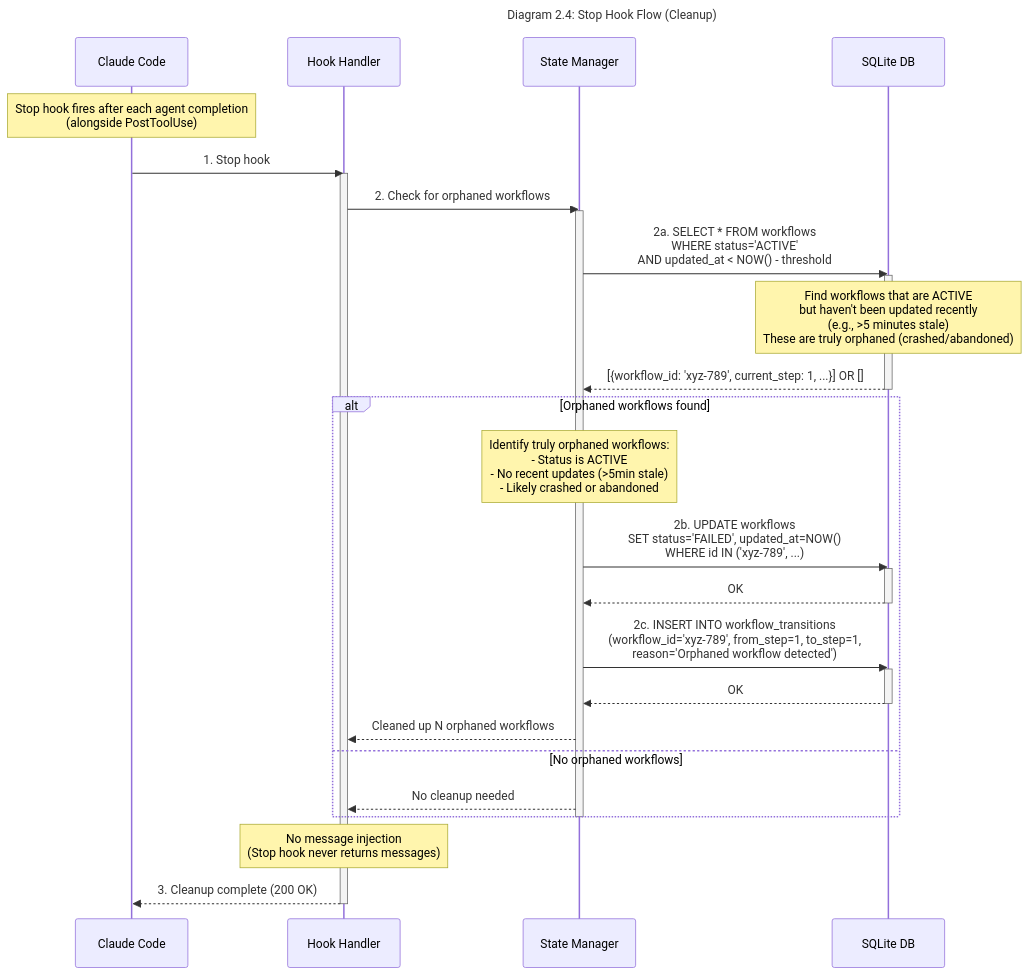
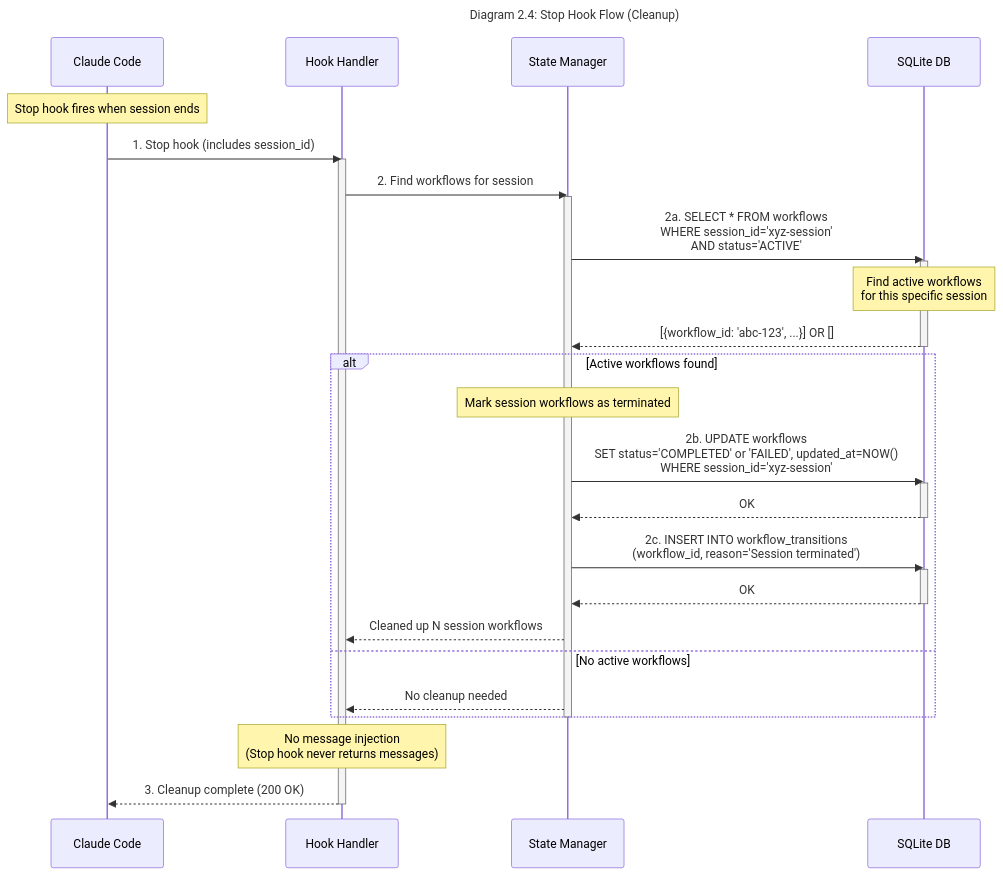
One commit to drevispas/ccorch changed the sixth of 9 diagrams in docs/02-technical-architecture.md. Above: the diagram before and after it, drawn with Mermaid. The commit also changed other lines of this file and 29 other files, not shown here.

````diff
--- a/docs/02-technical-architecture.md
+++ b/docs/02-technical-architecture.md
@@ -559,48 +459,48 @@
 ```mermaid
 ---
 title: "Diagram 2.4: Stop Hook Flow (Cleanup)"
 ---
 sequenceDiagram
     participant CC as Claude Code
     participant Hook as Hook Handler
     participant StateMgr as State Manager
     participant DB as SQLite DB
 
-    Note over CC: Stop hook fires after each agent completion<br/>(alongside PostToolUse)
+    Note over CC: Stop hook fires when session ends
 
-    CC->>Hook: 1. Stop hook
+    CC->>Hook: 1. Stop hook (includes session_id)
     activate Hook
 
-    Hook->>StateMgr: 2. Check for orphaned workflows
+    Hook->>StateMgr: 2. Find workflows for session
     activate StateMgr
 
-    StateMgr->>DB: 2a. SELECT * FROM workflows<br/>WHERE status='ACTIVE'<br/>AND updated_at < NOW() - threshold
+    StateMgr->>DB: 2a. SELECT * FROM workflows<br/>WHERE session_id='xyz-session'<br/>AND status='ACTIVE'
     activate DB
-    Note over DB: Find workflows that are ACTIVE<br/>but haven't been updated recently<br/>(e.g., >5 minutes stale)<br/>These are truly orphaned (crashed/abandoned)
-    DB-->>StateMgr: [{workflow_id: 'xyz-789', current_step: 1, ...}] OR []
+    Note over DB: Find active workflows<br/>for this specific session
+    DB-->>StateMgr: [{workflow_id: 'abc-123', ...}] OR []
     deactivate DB
 
-    alt Orphaned workflows found
-        Note over StateMgr: Identify truly orphaned workflows:<br/>- Status is ACTIVE<br/>- No recent updates (>5min stale)<br/>- Likely crashed or abandoned
+    alt Active workflows found
+        Note over StateMgr: Mark session workflows as terminated
 
-        StateMgr->>DB: 2b. UPDATE workflows<br/>SET status='FAILED', updated_at=NOW()<br/>WHERE id IN ('xyz-789', ...)
+        StateMgr->>DB: 2b. UPDATE workflows<br/>SET status='COMPLETED' or 'FAILED', updated_at=NOW()<br/>WHERE session_id='xyz-session'
         activate DB
         DB-->>StateMgr: OK
         deactivate DB
 
-        StateMgr->>DB: 2c. INSERT INTO workflow_transitions<br/>(workflow_id='xyz-789', from_step=1, to_step=1,<br/>reason='Orphaned workflow detected')
+        StateMgr->>DB: 2c. INSERT INTO workflow_transitions<br/>(workflow_id, reason='Session terminated')
         activate DB
         DB-->>StateMgr: OK
         deactivate DB
 
-        StateMgr-->>Hook: Cleaned up N orphaned workflows
-    else No orphaned workflows
+        StateMgr-->>Hook: Cleaned up N session workflows
+    else No active workflows
         StateMgr-->>Hook: No cleanup needed
     end
     deactivate StateMgr
 
     Note over Hook: No message injection<br/>(Stop hook never returns messages)
 
     Hook-->>CC: 3. Cleanup complete (200 OK)
     deactivate Hook
 ```
````
